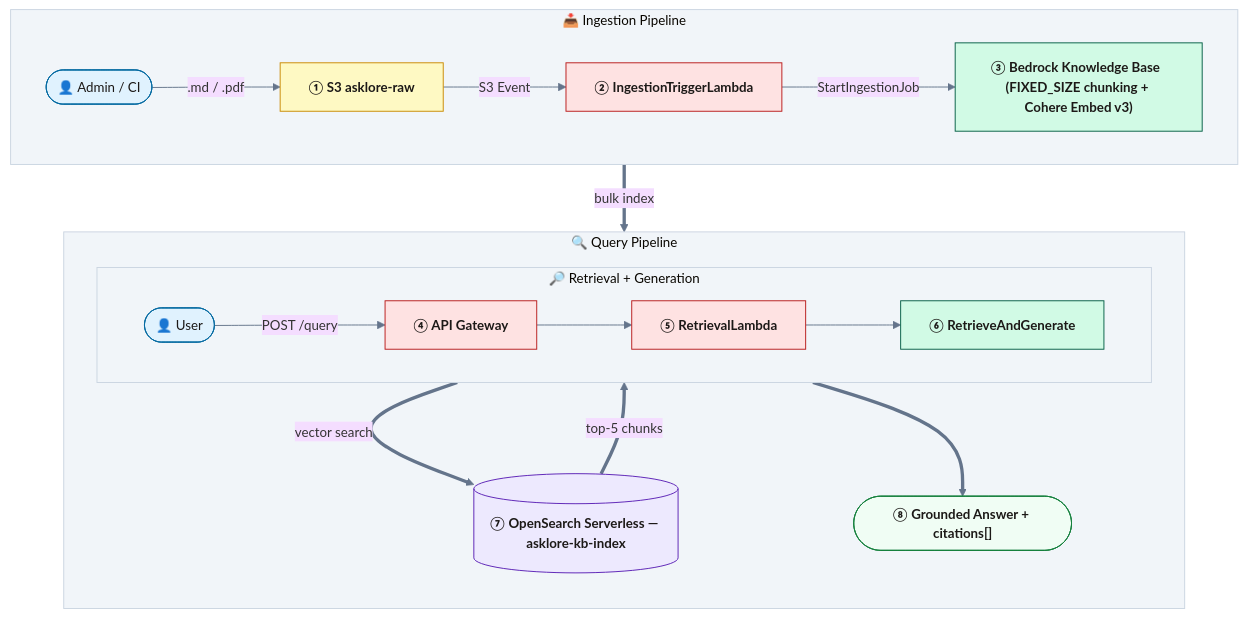
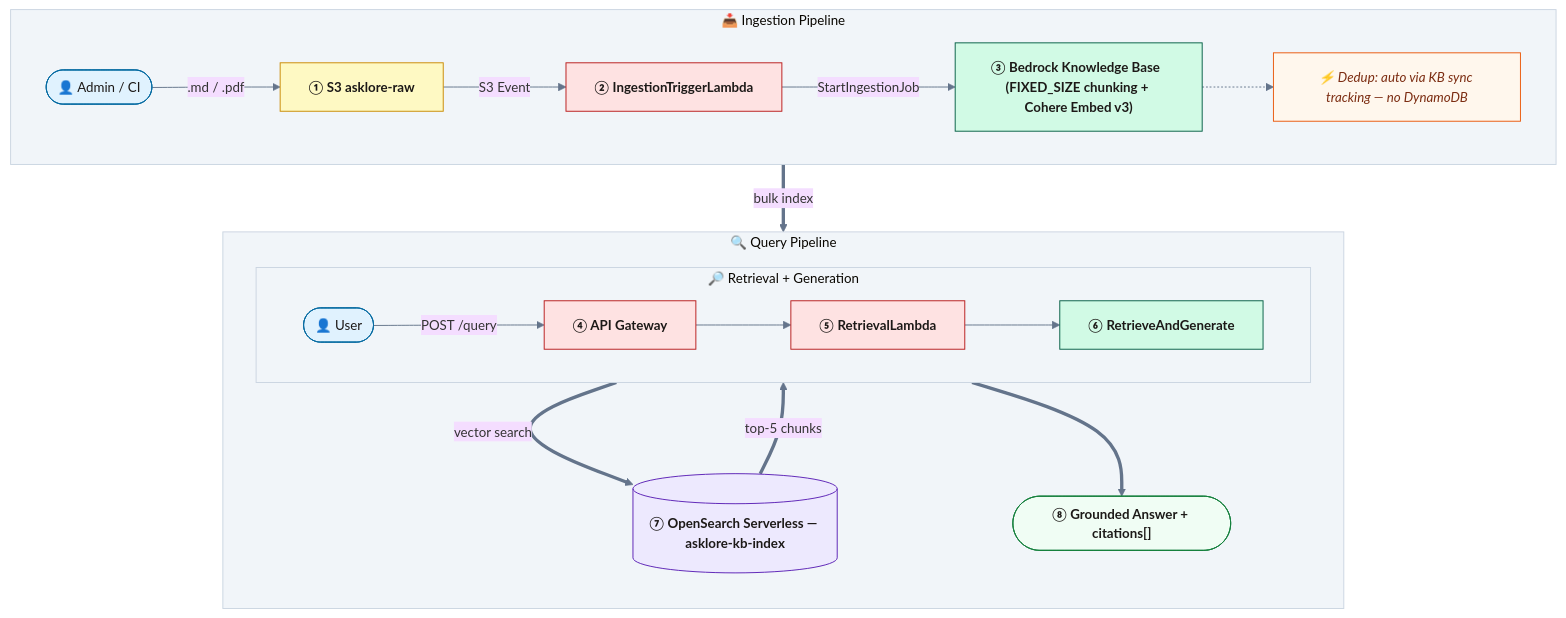
The diagram in README.md (Sunilrana1978/AskLore), drawn with Mermaid before and after one commit.

Commit message:
Add dedup annotation to architecture diagram
Shows that dedup is handled automatically by KB sync tracking with no
custom DynamoDB table, as a dotted-line note node off the KB node.

````diff
--- a/README.md
+++ b/README.md
@@ -9,39 +9,42 @@
 ```mermaid
 %%{init: {'theme': 'base', 'themeVariables': {'clusterBkg': '#F1F5F9', 'clusterBorder': '#CBD5E1', 'lineColor': '#64748B', 'fontSize': '14px'}}}%%
 flowchart TB
 
     classDef s3      fill:#FEF9C3,stroke:#CA8A04,color:#1C1917,font-weight:bold
     classDef lambda  fill:#FEE2E2,stroke:#B91C1C,color:#1C1917,font-weight:bold
     classDef bedrock fill:#D1FAE5,stroke:#065F46,color:#1C1917,font-weight:bold
     classDef os      fill:#EDE9FE,stroke:#5B21B6,color:#1C1917,font-weight:bold
     classDef person  fill:#E0F2FE,stroke:#0369A1,color:#1C1917
     classDef output  fill:#F0FDF4,stroke:#15803D,color:#1C1917,font-weight:bold
+    classDef note    fill:#FFF7ED,stroke:#EA580C,color:#7C2D12,font-style:italic
 
     subgraph ING["📥  Ingestion Pipeline"]
         direction LR
         UADM(["👤 Admin / CI"]):::person
         RAWB["① S3  asklore-raw"]:::s3
         TRIG["② IngestionTriggerLambda"]:::lambda
         KB["③ Bedrock Knowledge Base  (FIXED_SIZE chunking + Cohere Embed v3)"]:::bedrock
+        DEDUP["⚡ Dedup: auto via KB sync tracking — no DynamoDB"]:::note
         UADM -->|.md / .pdf| RAWB -->|S3 Event| TRIG -->|StartIngestionJob| KB
+        KB -.-> DEDUP
     end
 
     subgraph QRY["🔍  Query Pipeline"]
         direction TB
         subgraph RET["🔎  Retrieval + Generation"]
             direction LR
             UQRY(["👤 User"]):::person
             APIG["④ API Gateway"]:::lambda
             RLMB["⑤ RetrievalLambda"]:::lambda
             RAG["⑥ RetrieveAndGenerate"]:::bedrock
             UQRY -->|POST /query| APIG --> RLMB --> RAG
         end
         OSLS[("⑦ OpenSearch Serverless — asklore-kb-index")]:::os
         GOUT(["⑧ Grounded Answer + citations[]"]):::output
         RAG ==>|vector search| OSLS
         OSLS ==>|top-5 chunks| RAG
         RAG ==> GOUT
     end
 
     KB ==>|bulk index| OSLS
 ```
````
